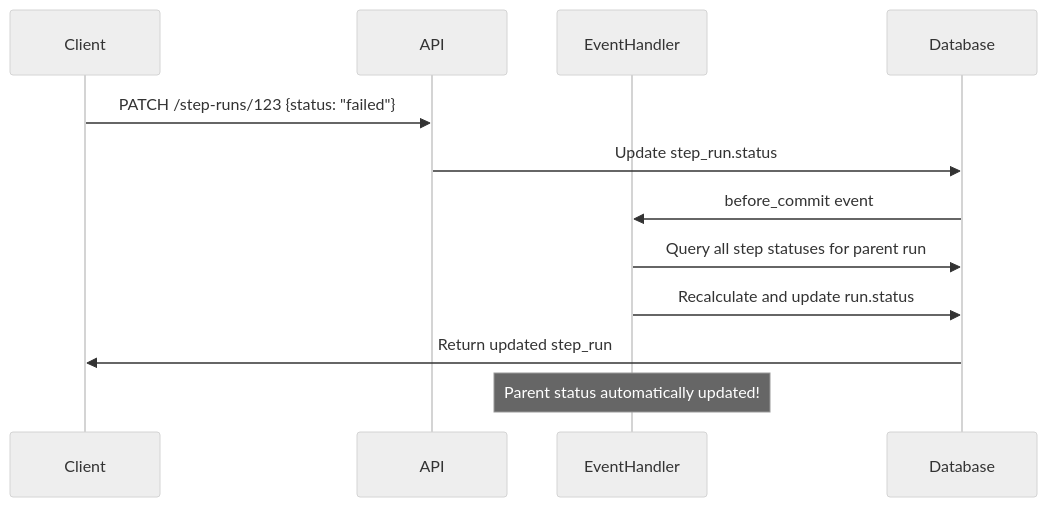
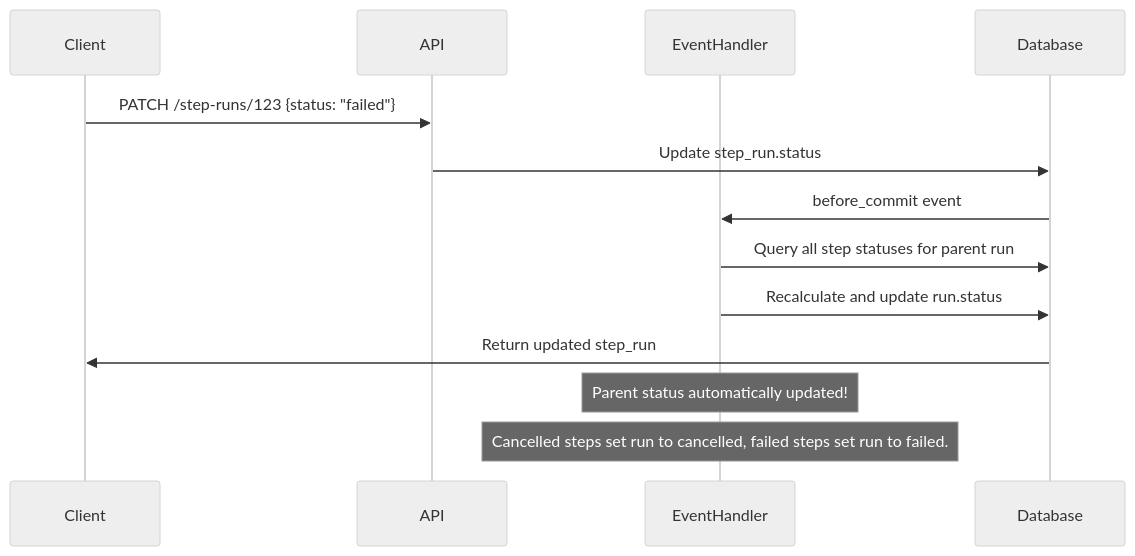
One commit to AAK-MBU/Process_Dashboard_API changed the third of 3 diagrams in README.md. Above: the diagram before and after it, drawn with Mermaid (neutral theme). The commit also changed other lines of this file and 11 other files, not shown here.

Commit message:
feature: added cancelled and optional to status

````diff
--- a/README.md
+++ b/README.md
@@ -736,15 +752,17 @@
 ```mermaid
 sequenceDiagram
     participant Client
     participant API
     participant EventHandler
     participant Database
     
     Client->>API: PATCH /step-runs/123 {status: "failed"}
     API->>Database: Update step_run.status
     Database->>EventHandler: before_commit event
     EventHandler->>Database: Query all step statuses for parent run
     EventHandler->>Database: Recalculate and update run.status
     Database->>Client: Return updated step_run
-    Note over EventHandler: Parent status automatically updated!
+
+  Note over EventHandler: Parent status automatically updated!
+  Note over EventHandler: Cancelled steps set run to cancelled, failed steps set run to failed.
 ```
````
